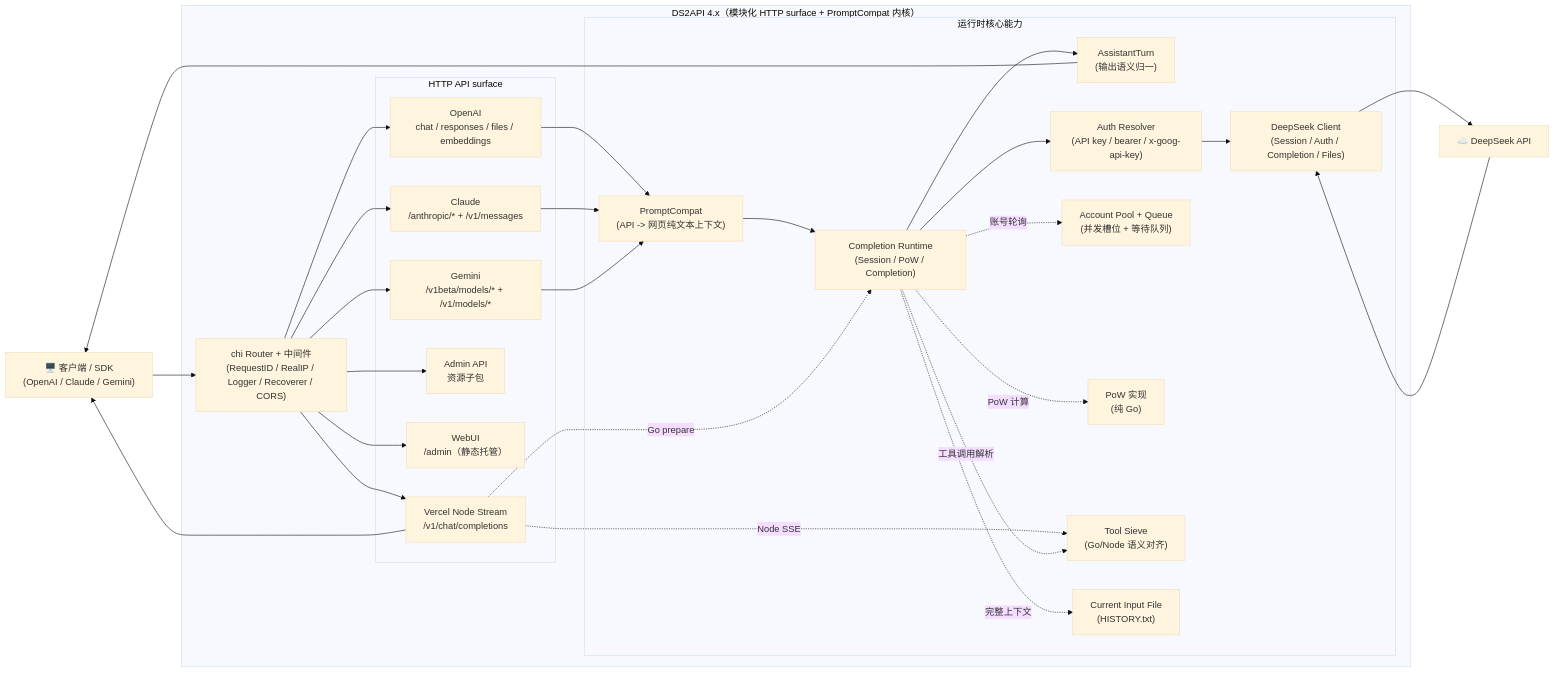
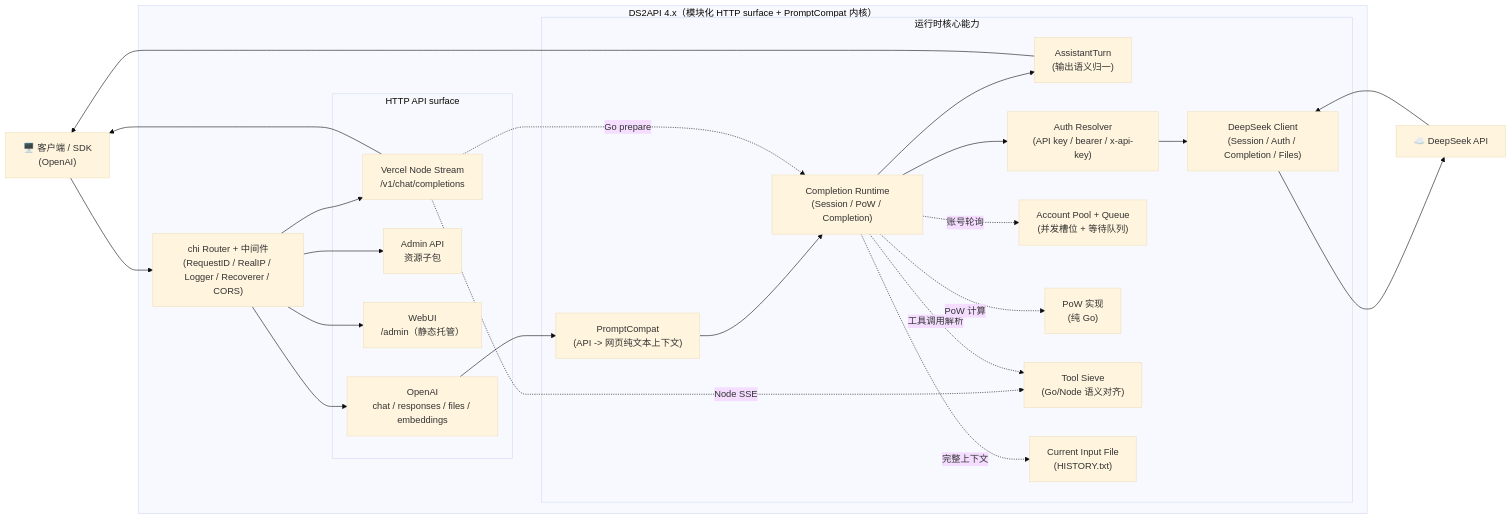
The diagram in README.MD (ikun5200/ds2api), drawn with Mermaid (base theme) before and after one commit. The commit also changed other lines of this file and 131 other files, not shown here.

First line of the commit message:
feat: remove Claude and Gemini protocol adapters, clean up dead code

````diff
--- a/README.MD
+++ b/README.MD
@@ -69,53 +67,50 @@
 ```mermaid
 flowchart LR
-    Client["🖥️ 客户端 / SDK\n(OpenAI / Claude / Gemini)"]
+    Client["🖥️ 客户端 / SDK\n(OpenAI)"]
     Upstream["☁️ DeepSeek API"]
 
     subgraph DS2API["DS2API 4.x（模块化 HTTP surface + PromptCompat 内核）"]
         Router["chi Router + 中间件\n(RequestID / RealIP / Logger / Recoverer / CORS)"]
 
         subgraph HTTP["HTTP API surface"]
             OA["OpenAI\nchat / responses / files / embeddings"]
-            CA["Claude\n/anthropic/* + /v1/messages"]
-            GA["Gemini\n/v1beta/models/* + /v1/models/*"]
             Admin["Admin API\n资源子包"]
             WebUI["WebUI\n/admin（静态托管）"]
             Vercel["Vercel Node Stream\n/v1/chat/completions"]
         end
 
         subgraph Runtime["运行时核心能力"]
             Compat["PromptCompat\n(API -> 网页纯文本上下文)"]
             Completion["Completion Runtime\n(Session / PoW / Completion)"]
             Turn["AssistantTurn\n(输出语义归一)"]
-            Auth["Auth Resolver\n(API key / bearer / x-goog-api-key)"]
+            Auth["Auth Resolver\n(API key / bearer / x-api-key)"]
             Pool["Account Pool + Queue\n(并发槽位 + 等待队列)"]
             DSClient["DeepSeek Client\n(Session / Auth / Completion / Files)"]
             Pow["PoW 实现\n(纯 Go)"]
             Tool["Tool Sieve\n(Go/Node 语义对齐)"]
             History["Current Input File\n(HISTORY.txt)"]
         end
     end
 
     Client --> Router
-    Router --> OA & CA & GA
+    Router --> OA
     Router --> Admin
     Router --> WebUI
     Router --> Vercel
 
     OA --> Compat
-    CA & GA --> Compat
     Compat --> Completion
     Completion -.完整上下文.-> History
     Completion --> Turn
     Vercel -.Go prepare.-> Completion
     Vercel -.Node SSE.-> Tool
     Completion --> Auth
     Completion -.账号轮询.-> Pool
     Completion -.工具调用解析.-> Tool
     Completion -.PoW 计算.-> Pow
     Auth --> DSClient
     DSClient --> Upstream
     Upstream --> DSClient
     Turn --> Client
     Vercel --> Client
 ```
````
